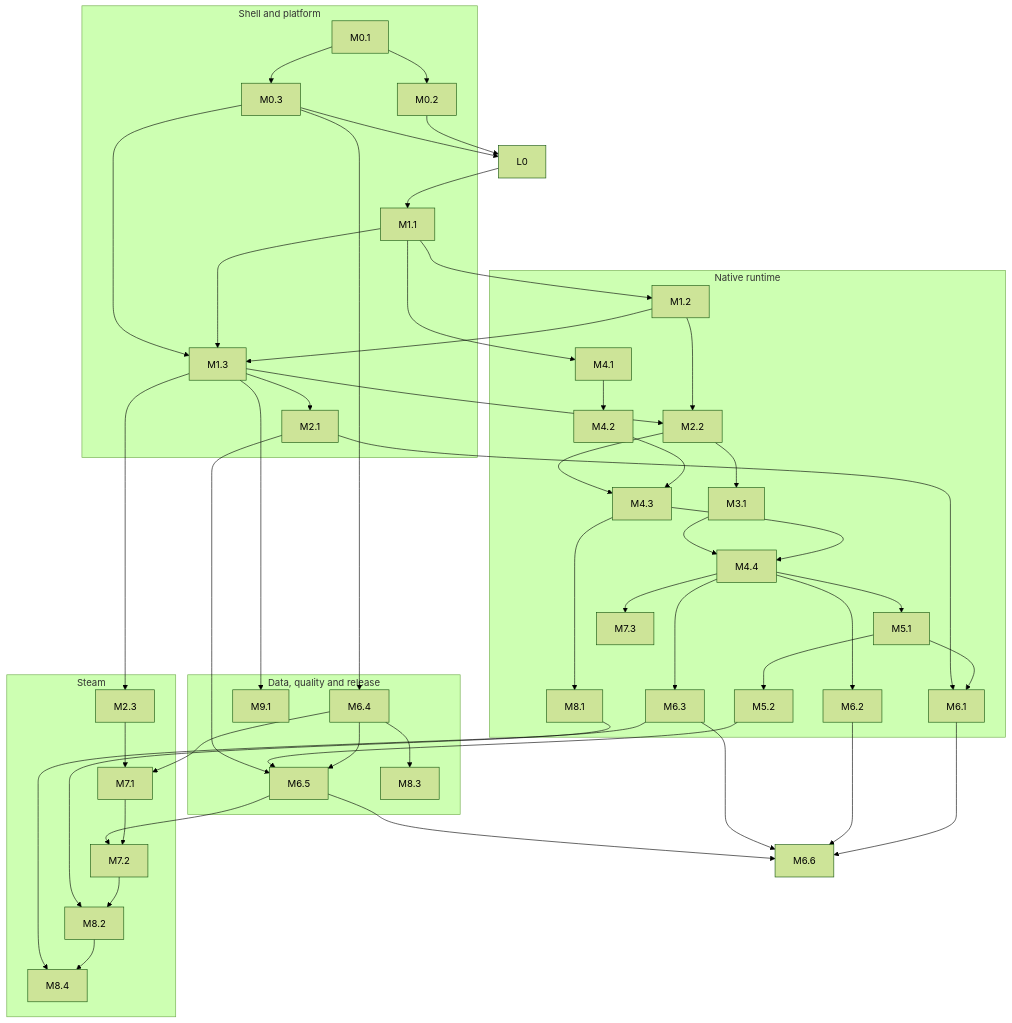
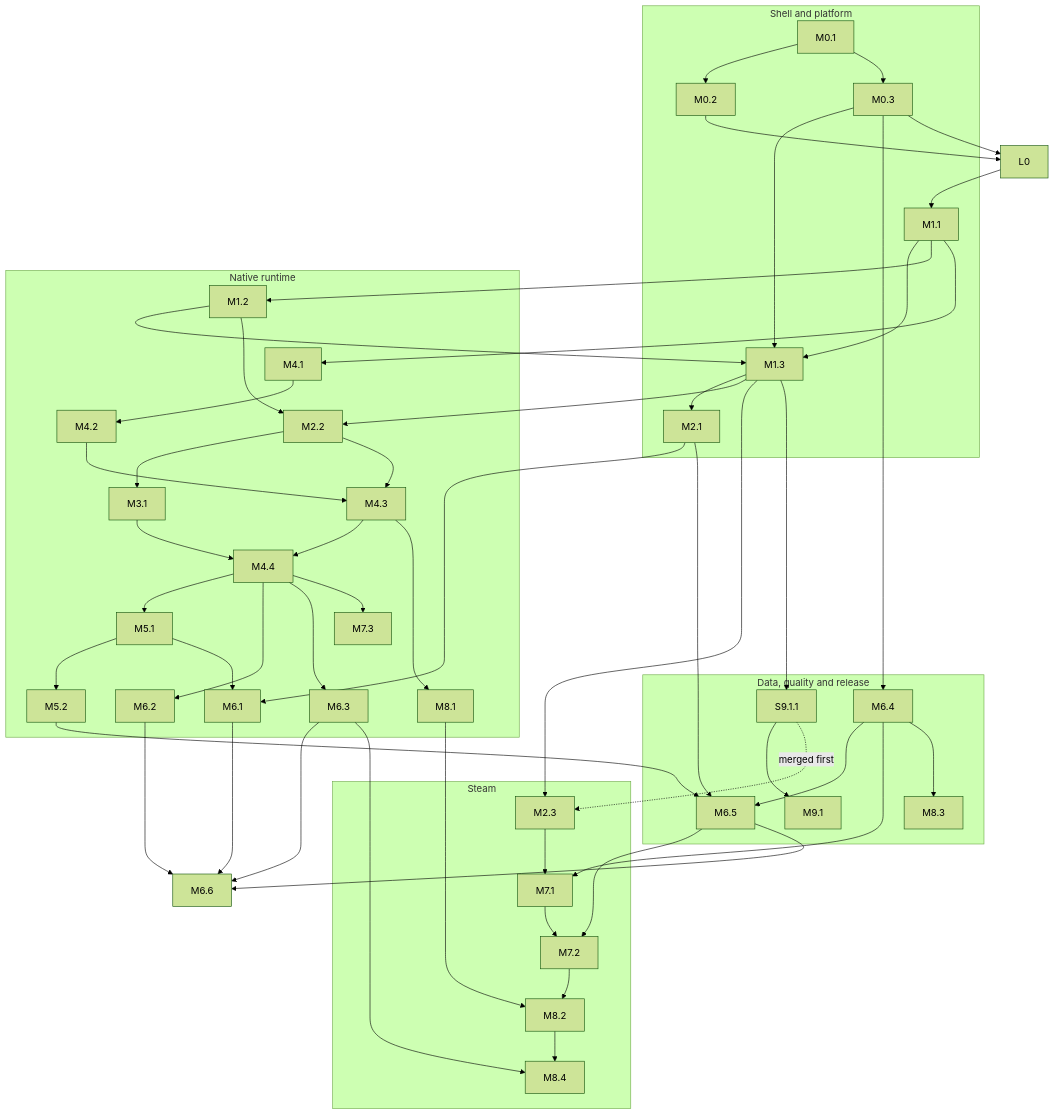
Before and after one commit to recelilious/Paneport: the second of 2 diagrams in docs/design/development-plan.md, drawn with Mermaid (forest theme). The commit also changed other lines of this file and 5 other files, not shown here.

````diff
--- a/docs/design/development-plan.md
+++ b/docs/design/development-plan.md
@@ -230,52 +230,53 @@
 ```mermaid
 flowchart TD
   subgraph Shell["Shell and platform"]
     M0_1["M0.1"] --> M0_2["M0.2"]
     M0_1 --> M0_3["M0.3"]
     M1_1["M1.1"] --> M1_3["M1.3"]
     M0_3 --> M1_3
     M1_3 --> M2_1["M2.1"]
   end
   subgraph Runtime["Native runtime"]
     M1_1 --> M1_2["M1.2"]
     M1_2 --> M1_3
     M1_2 --> M2_2["M2.2"]
     M1_3 --> M2_2
     M2_2 --> M3_1["M3.1"]
     M1_1 --> M4_1["M4.1"] --> M4_2["M4.2"] --> M4_3["M4.3"]
     M2_2 --> M4_3
     M4_3 --> M4_4["M4.4"]
     M3_1 --> M4_4
     M4_4 --> M5_1["M5.1"] --> M5_2["M5.2"]
     M5_1 --> M6_1["M6.1"]
     M4_4 --> M6_2["M6.2"]
     M4_4 --> M6_3["M6.3"]
     M4_4 --> M7_3["M7.3"]
     M4_3 --> M8_1["M8.1"]
   end
   subgraph Steam["Steam"]
     M1_3 --> M2_3["M2.3"]
     M2_3 --> M7_1["M7.1"] --> M7_2["M7.2"]
     M7_2 --> M8_2["M8.2"]
     M8_1 --> M8_2
     M8_2 --> M8_4["M8.4"]
   end
   subgraph Data["Data, quality and release"]
     M0_3 --> M6_4["M6.4"] --> M6_5["M6.5"]
     M5_2 --> M6_5
     M6_4 --> M7_1
     M6_5 --> M7_2
     M6_4 --> M8_3["M8.3"]
-    M1_3 --> M9_1["M9.1"]
+    M1_3 --> S9_1_1["S9.1.1"] --> M9_1["M9.1"]
+    S9_1_1 -. "merged first" .-> M2_3
   end
   M6_1 --> M6_6["M6.6"]
   M6_2 --> M6_6
   M6_3 --> M6_6
   M6_5 --> M6_6
   M2_1 --> M6_1
   M2_1 --> M6_5
   M6_3 --> M8_4
   L0n["L0"] --> M1_1
   M0_2 --> L0n
   M0_3 --> L0n
 ```
````
